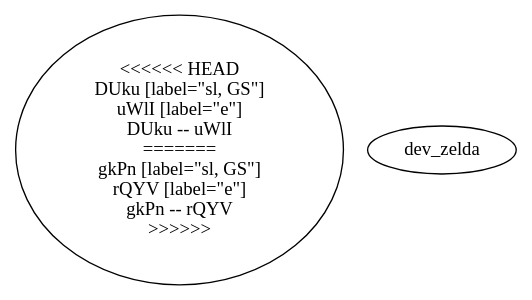
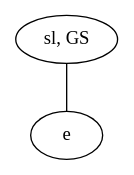
Before and after one commit to schrum2/MM-NEAT: the diagram in data/VGLC/Zelda/rules/1/17_S.dot, drawn with Graphviz. The commit also changed 22 other files, not shown here.

```diff
--- a/data/VGLC/Zelda/rules/1/17_S.dot
+++ b/data/VGLC/Zelda/rules/1/17_S.dot
@@ -1,11 +1,5 @@
 graph {
-<<<<<<< HEAD
-DUku [label="sl, GS"]
-uWlI [label="e"]
-DUku -- uWlI
-=======
-gkPn [label="sl, GS"]
-rQYV [label="e"]
-gkPn -- rQYV
->>>>>>> dev_zelda
+ZgYC [label="sl, GS"]
+rGCG [label="e"]
+ZgYC -- rGCG
 }
```
